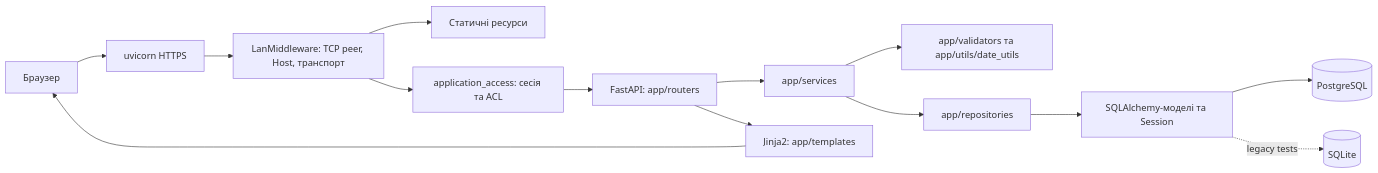
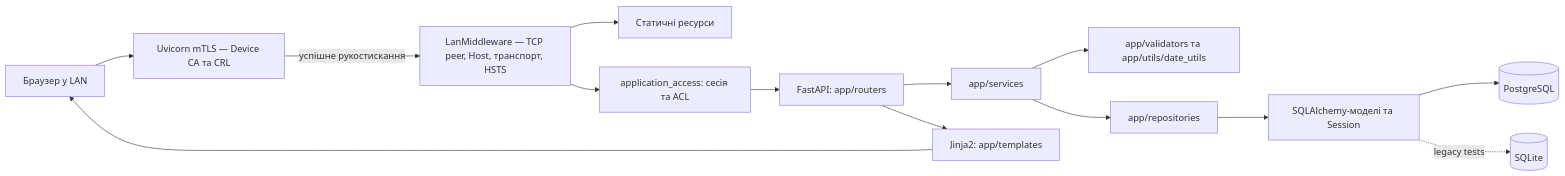
One commit to webdevl1on/project_2 changed the diagram in docs/ARCHITECTURE.md. Above: the diagram before and after it, drawn with Mermaid. The commit also changed other lines of this file and 21 other files, not shown here.

Commit message:
feat(security): Security 1.8 device certificates (mTLS) and HSTS

````diff
--- a/docs/ARCHITECTURE.md
+++ b/docs/ARCHITECTURE.md
@@ -67,16 +67,16 @@
 ```mermaid
 flowchart LR
-    Browser[Браузер] --> TLS[uvicorn HTTPS]
-    TLS --> LAN[LanMiddleware: TCP peer, Host, транспорт]
+    Browser[Браузер у LAN] --> TLS[Uvicorn mTLS — Device CA та CRL]
+    TLS -->|успішне рукостискання| LAN[LanMiddleware — TCP peer, Host, транспорт, HSTS]
     LAN --> Static[Статичні ресурси]
     LAN --> Policy[application_access: сесія та ACL]
     Policy --> Routers[FastAPI: app/routers]
     Routers --> Services[app/services]
     Services --> Validators[app/validators та app/utils/date_utils]
     Services --> Repositories[app/repositories]
     Repositories --> ORM[SQLAlchemy-моделі та Session]
     ORM --> PostgreSQL[(PostgreSQL)]
     ORM -. legacy tests .-> SQLite[(SQLite)]
     Routers --> Templates[Jinja2: app/templates]
     Templates --> Browser
 ```
````
